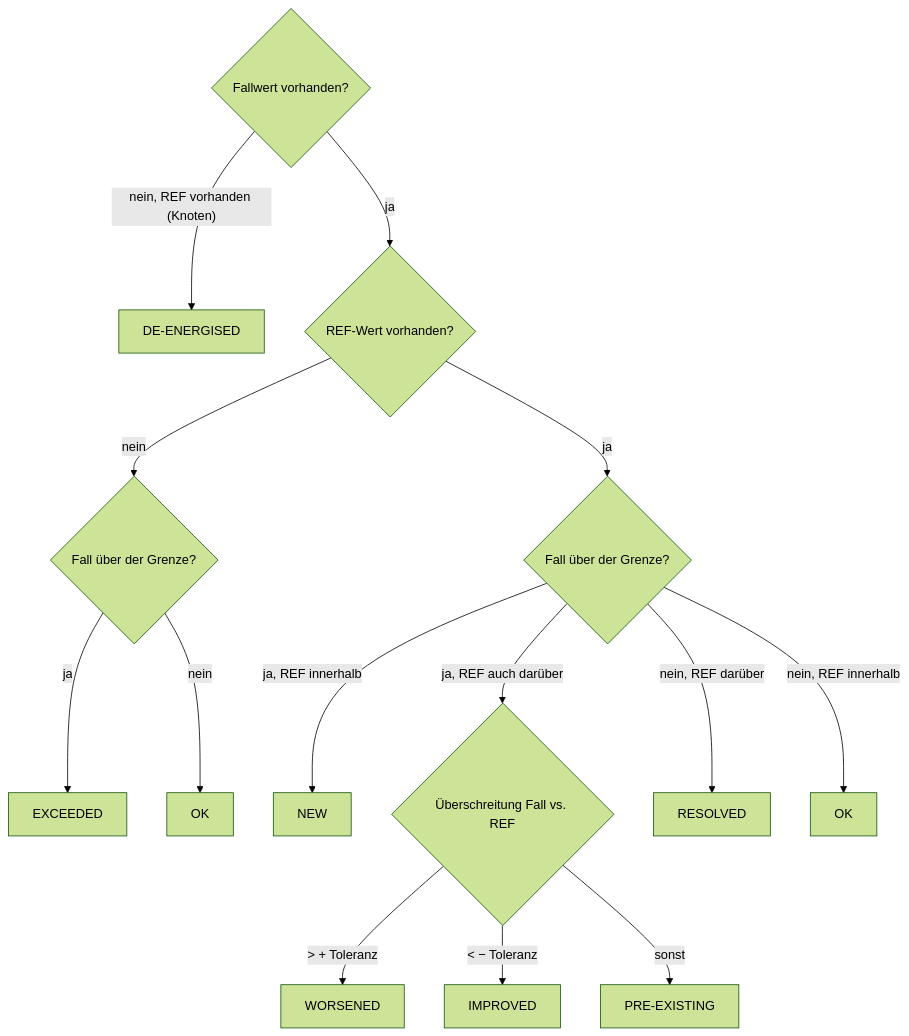
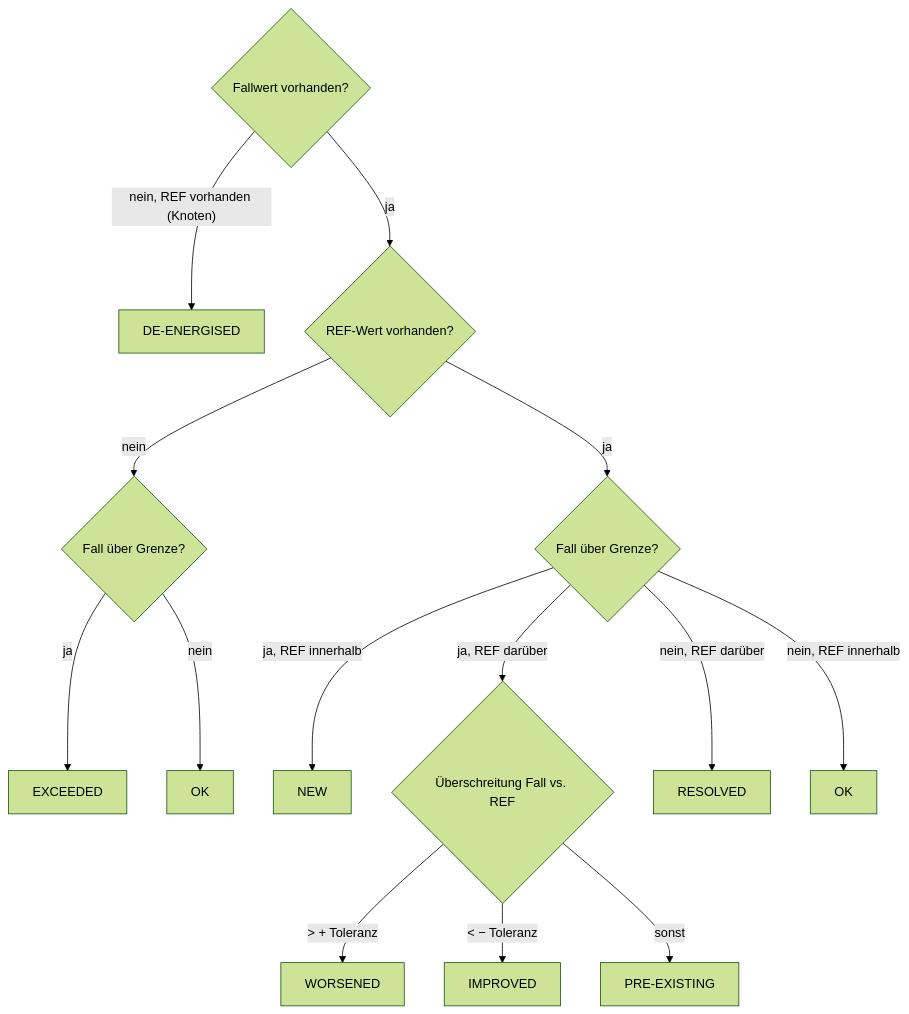
The fifth of 5 diagrams in docs/de/ARCHITEKTUR.md (hadiibrahim-Engin/GridLensAssessment), drawn with Mermaid (forest theme) before and after one commit. The commit also changed other lines of this file and 13 other files, not shown here.

````diff
--- a/docs/de/ARCHITEKTUR.md
+++ b/docs/de/ARCHITEKTUR.md
@@ -370,16 +403,16 @@
 ```mermaid
 flowchart TD
     A{"Fallwert vorhanden?"} -- "nein, REF vorhanden (Knoten)" --> DE["DE-ENERGISED"]
     A -- ja --> B{"REF-Wert vorhanden?"}
-    B -- nein --> EX{"Fall über der Grenze?"}
+    B -- nein --> EX{"Fall über Grenze?"}
     EX -- ja --> EXC["EXCEEDED"]
     EX -- nein --> OK1["OK"]
-    B -- ja --> C{"Fall über der Grenze?"}
+    B -- ja --> C{"Fall über Grenze?"}
     C -- "ja, REF innerhalb" --> NEW["NEW"]
-    C -- "ja, REF auch darüber" --> D{"Überschreitung Fall vs. REF"}
+    C -- "ja, REF darüber" --> D{"Überschreitung Fall vs. REF"}
     D -- "> + Toleranz" --> WO["WORSENED"]
     D -- "< − Toleranz" --> IM["IMPROVED"]
     D -- "sonst" --> PE["PRE-EXISTING"]
     C -- "nein, REF darüber" --> RE["RESOLVED"]
     C -- "nein, REF innerhalb" --> OK2["OK"]
 ```
````
